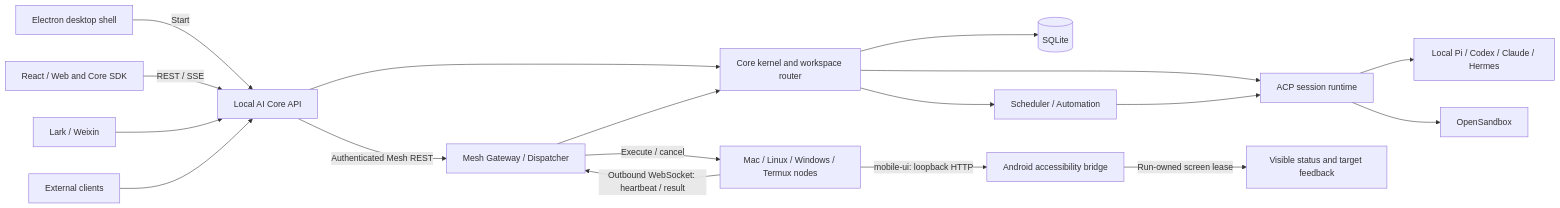
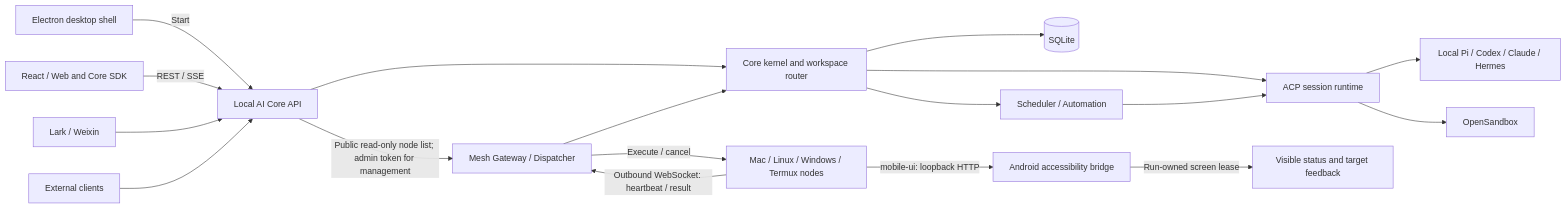
The diagram in docs/architecture/overview.md (helloimcx/agentdock), drawn with Mermaid before and after one commit. The commit also changed other lines of this file and 23 other files, not shown here.

Commit message:
Expose read-only Mesh node overview

````diff
--- a/docs/architecture/overview.md
+++ b/docs/architecture/overview.md
@@ -22,20 +22,20 @@
 ```mermaid
 flowchart LR
   electron[Electron desktop shell] -->|Start| api[Local AI Core API]
   renderer[React / Web and Core SDK] -->|REST / SSE| api
   channels[Lark / Weixin] --> api
   external[External clients] --> api
   api --> kernel[Core kernel and workspace router]
   kernel --> sqlite[(SQLite)]
   kernel --> acp[ACP session runtime]
   kernel --> scheduler[Scheduler / Automation]
   scheduler --> acp
   acp --> agents[Local Pi / Codex / Claude / Hermes]
   acp --> sandbox[OpenSandbox]
-  api -->|Authenticated Mesh REST| mesh[Mesh Gateway / Dispatcher]
+  api -->|Public read-only node list; admin token for management| mesh[Mesh Gateway / Dispatcher]
   mesh --> kernel
   nodes[Mac / Linux / Windows / Termux nodes] -->|Outbound WebSocket: heartbeat / result| mesh
   mesh -->|Execute / cancel| nodes
   nodes -->|mobile-ui: loopback HTTP| a11y[Android accessibility bridge]
   a11y -->|Run-owned screen lease| screen[Visible status and target feedback]
 ```
````
